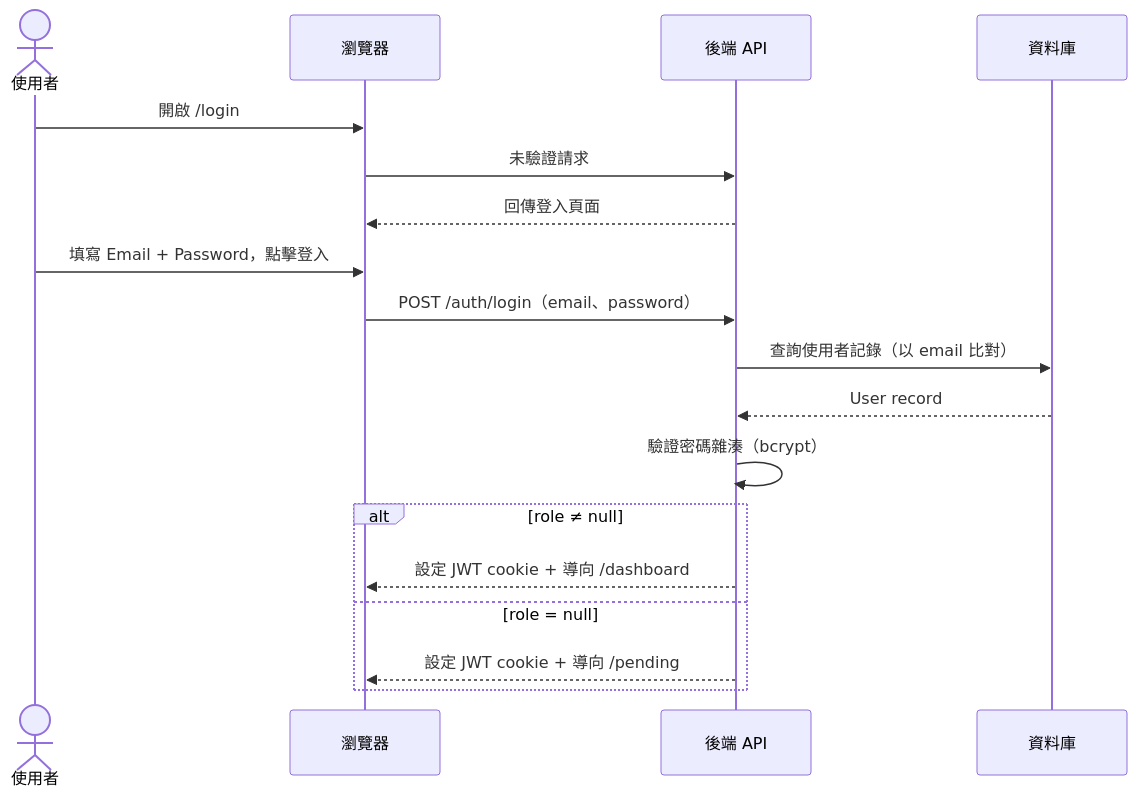
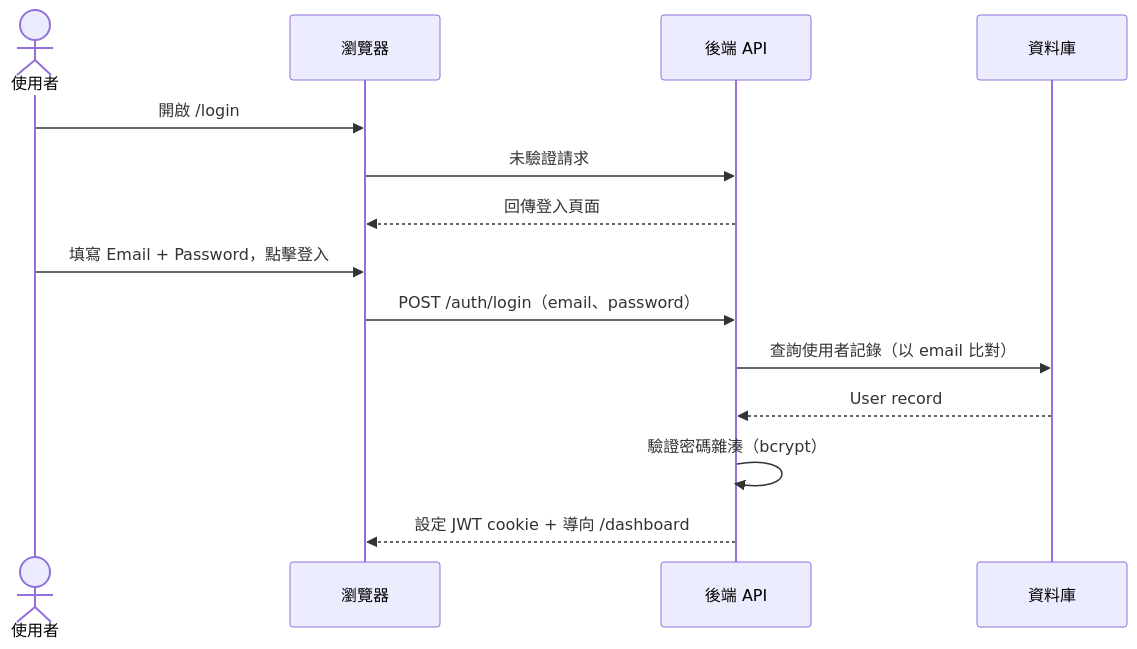
The first of 2 diagrams in specs/account/001-login-email-password/spec.md (singyichen/label-suite), drawn with Mermaid before and after one commit. The commit also changed other lines of this file and 11 other files, not shown here.

First line of the commit message:
refactor: remove pending state — all registered users get user role immediately

````diff
--- a/specs/account/001-login-email-password/spec.md
+++ b/specs/account/001-login-email-password/spec.md
@@ -10,23 +10,19 @@
 ```mermaid
 sequenceDiagram
     actor 使用者
     participant 瀏覽器
     participant 後端API as 後端 API
     participant 資料庫
 
     使用者->>瀏覽器: 開啟 /login
     瀏覽器->>後端API: 未驗證請求
     後端API-->>瀏覽器: 回傳登入頁面
 
     使用者->>瀏覽器: 填寫 Email + Password，點擊登入
     瀏覽器->>後端API: POST /auth/login（email、password）
     後端API->>資料庫: 查詢使用者記錄（以 email 比對）
     資料庫-->>後端API: User record
     後端API->>後端API: 驗證密碼雜湊（bcrypt）
 
-    alt role ≠ null
-        後端API-->>瀏覽器: 設定 JWT cookie + 導向 /dashboard
-    else role = null
-        後端API-->>瀏覽器: 設定 JWT cookie + 導向 /pending
-    end
+    後端API-->>瀏覽器: 設定 JWT cookie + 導向 /dashboard
 ```
````
